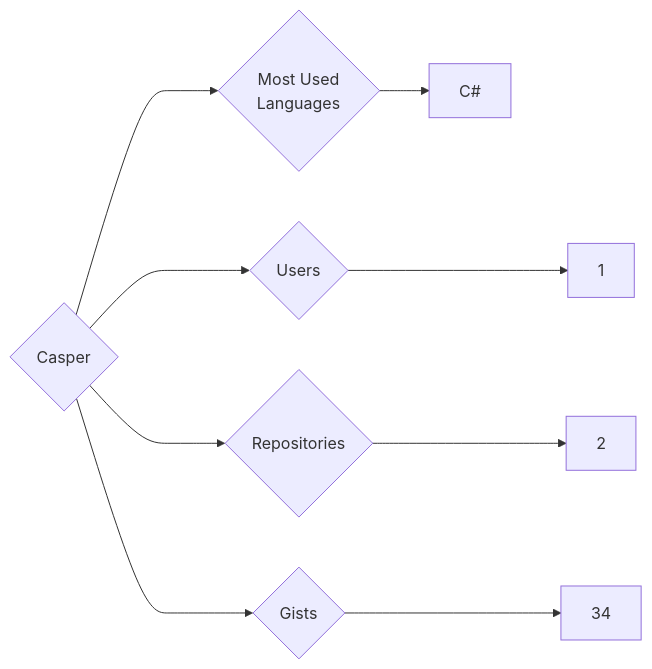
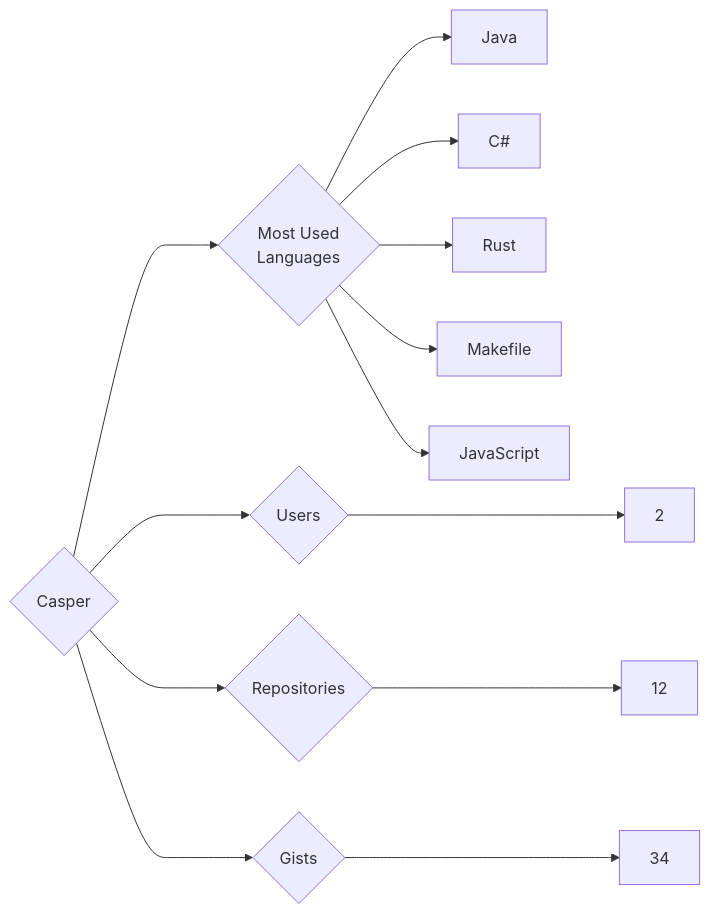
Before and after one commit to trickest/insiders: the diagram in targets/Casper/README.md, drawn with Mermaid. The commit also changed 942 other files, not shown here.

````diff
--- a/targets/Casper/README.md
+++ b/targets/Casper/README.md
@@ -3,9 +3,13 @@
 ```mermaid
 graph LR
 COMPANY_NAME{Casper}
-COMPANY_NAME ---> U{Users} ---> UN[1]
-COMPANY_NAME ---> R{Repositories} ---> RN[2]
+COMPANY_NAME ---> U{Users} ---> UN[2]
+COMPANY_NAME ---> R{Repositories} ---> RN[12]
 COMPANY_NAME ---> G{Gists} ---> GN[34]
 COMPANY_NAME ---> ML{Most Used<br>Languages}
+ML --> Java[Java]
 ML --> C#[C#]
+ML --> Rust[Rust]
+ML --> Makefile[Makefile]
+ML --> JavaScript[JavaScript]
 ```
````
